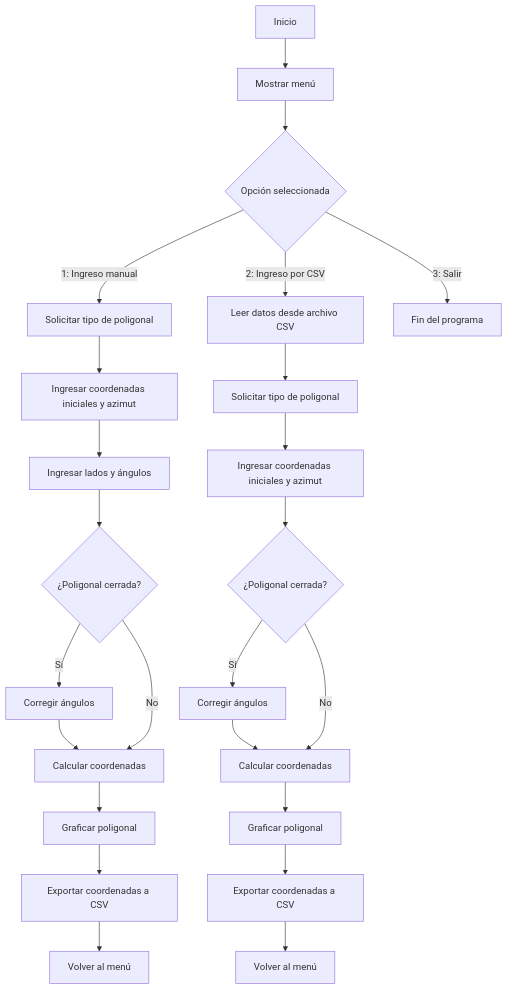
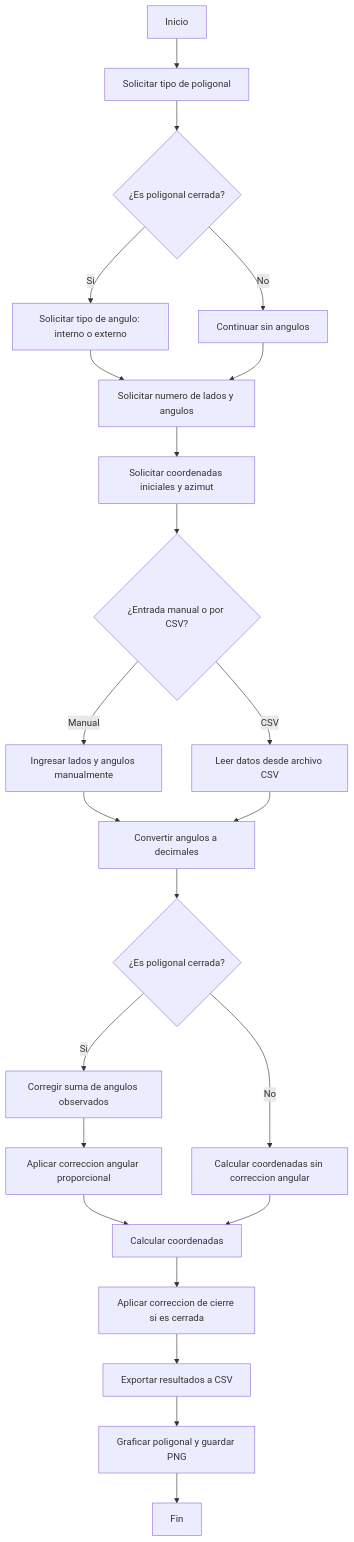
One commit to tiago2309/PROYECTO-FINAL changed the third of 3 diagrams in README.md. Above: the diagram before and after it, drawn with Mermaid. The commit also changed other lines of this file, not shown here.

`````diff
--- a/README.md
+++ b/README.md
@@ -244,33 +455,25 @@
 ````mermaid
 flowchart TD
-    A[Inicio] --> B[Mostrar menú]
-    B --> C{Opción seleccionada}
-    
-    C -->|1: Ingreso manual| D1[Solicitar tipo de poligonal]
-    D1 --> E1[Ingresar coordenadas iniciales y azimut]
-    E1 --> F1[Ingresar lados y ángulos]
-    F1 --> G1{¿Poligonal cerrada?}
-    
-    G1 -->|Sí| H1[Corregir ángulos]
-    H1 --> I1[Calcular coordenadas]
-    G1 -->|No| I1
-    
-    I1 --> J1[Graficar poligonal]
-    J1 --> K1[Exportar coordenadas a CSV]
-    K1 --> L1[Volver al menú]
-
-    C -->|2: Ingreso por CSV| D2[Leer datos desde archivo CSV]
-    D2 --> E2[Solicitar tipo de poligonal]
-    E2 --> F2[Ingresar coordenadas iniciales y azimut]
-    F2 --> G2{¿Poligonal cerrada?}
-    
-    G2 -->|Sí| H2[Corregir ángulos]
-    H2 --> I2[Calcular coordenadas]
-    G2 -->|No| I2
-
-    I2 --> J2[Graficar poligonal]
-    J2 --> K2[Exportar coordenadas a CSV]
-    K2 --> L2[Volver al menú]
-
-    C -->|3: Salir| Z[Fin del programa]
+    A[Inicio] --> B[Solicitar tipo de poligonal]
+    B --> C{¿Es poligonal cerrada?}
+    C -->|Sí| D[Solicitar tipo de angulo: interno o externo]
+    C -->|No| E[Continuar sin angulos]
+    D --> F[Solicitar numero de lados y angulos]
+    E --> F
+    F --> G[Solicitar coordenadas iniciales y azimut]
+    G --> H{¿Entrada manual o por CSV?}
+    H -->|Manual| I[Ingresar lados y angulos manualmente]
+    H -->|CSV| J[Leer datos desde archivo CSV]
+    I --> K[Convertir angulos a decimales]
+    J --> K
+    K --> L{¿Es poligonal cerrada?}
+    L -->|Sí| M[Corregir suma de angulos observados]
+    L -->|No| N[Calcular coordenadas sin correccion angular]
+    M --> O[Aplicar correccion angular proporcional]
+    O --> P[Calcular coordenadas]
+    N --> P
+    P --> Q[Aplicar correccion de cierre si es cerrada]
+    Q --> R[Exportar resultados a CSV]
+    R --> S[Graficar poligonal y guardar PNG]
+    S --> T[Fin]
 ````
`````
